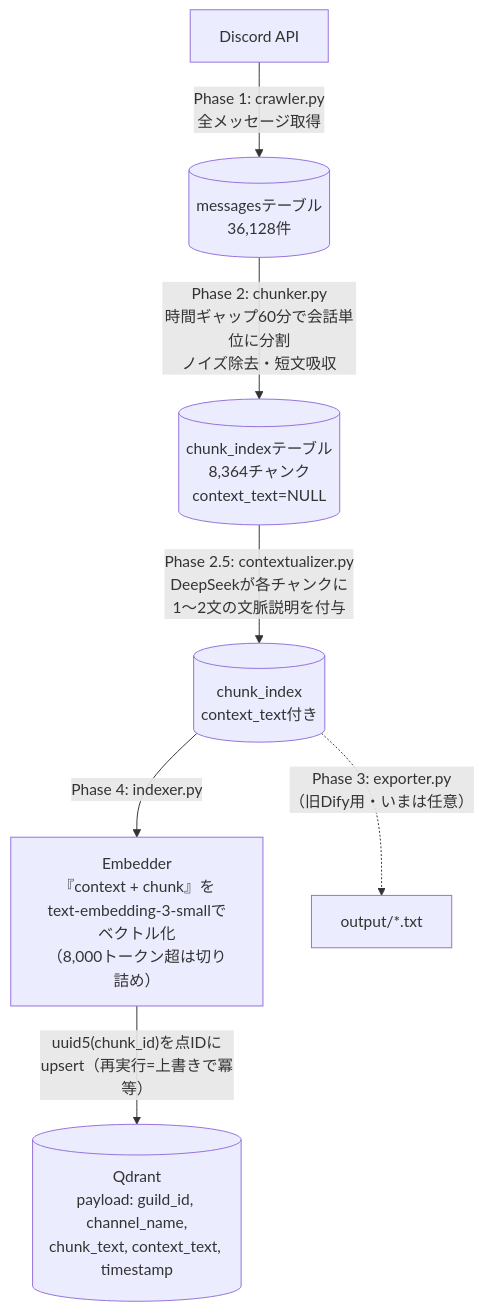
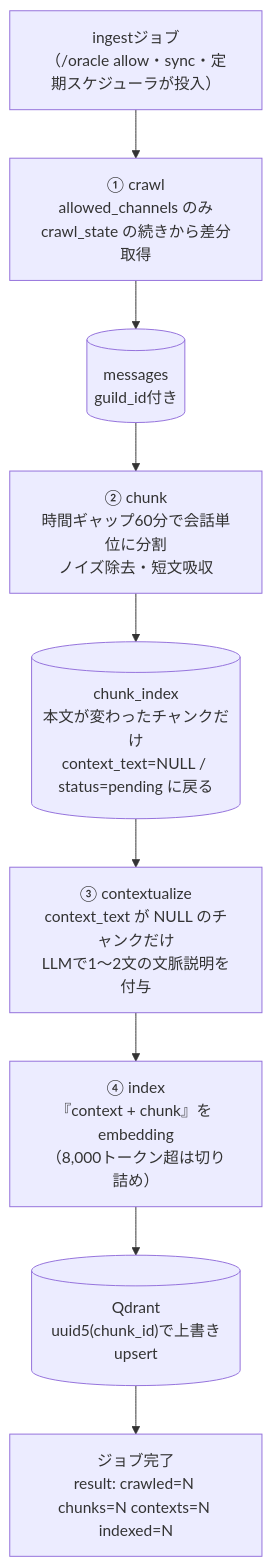
The third of 4 diagrams in docs/DIAGRAMS.md (aigamoid/remember), drawn with Mermaid before and after one commit. The commit also changed other lines of this file, not shown here.

Commit message:
Update docs/DIAGRAMS.md: コンテナ構成更新・自動取り込みシーケンス図を追加（4図構成）

````diff
--- a/docs/DIAGRAMS.md
+++ b/docs/DIAGRAMS.md
@@ -42,9 +82,12 @@
 ```mermaid
 flowchart TB
-    DISCORD["Discord API"] -->|"Phase 1: crawler.py<br>全メッセージ取得"| MSG[("messagesテーブル<br>36,128件")]
-    MSG -->|"Phase 2: chunker.py<br>時間ギャップ60分で会話単位に分割<br>ノイズ除去・短文吸収"| CHUNK[("chunk_indexテーブル<br>8,364チャンク<br>context_text=NULL")]
-    CHUNK -->|"Phase 2.5: contextualizer.py<br>DeepSeekが各チャンクに<br>1〜2文の文脈説明を付与"| CTX[("chunk_index<br>context_text付き")]
-    CTX -->|"Phase 4: indexer.py"| EMB["Embedder<br>『context + chunk』を<br>text-embedding-3-smallでベクトル化<br>（8,000トークン超は切り詰め）"]
-    EMB -->|"uuid5(chunk_id)を点IDに<br>upsert（再実行=上書きで冪等）"| QDRANT[("Qdrant<br>payload: guild_id, channel_name,<br>chunk_text, context_text, timestamp")]
-    CTX -.->|"Phase 3: exporter.py<br>（旧Dify用・いまは任意）"| TXT["output/*.txt"]
+    JOB["ingestジョブ<br>（/oracle allow・sync・定期スケジューラが投入）"]
+    JOB --> CRAWL["① crawl<br>allowed_channels のみ<br>crawl_state の続きから差分取得"]
+    CRAWL --> MSG[("messages<br>guild_id付き")]
+    MSG --> CHUNK["② chunk<br>時間ギャップ60分で会話単位に分割<br>ノイズ除去・短文吸収"]
+    CHUNK --> CI[("chunk_index<br>本文が変わったチャンクだけ<br>context_text=NULL / status=pending に戻る")]
+    CI --> CTX["③ contextualize<br>context_text が NULL のチャンクだけ<br>LLMで1〜2文の文脈説明を付与"]
+    CTX --> EMB["④ index<br>『context + chunk』を embedding<br>（8,000トークン超は切り詰め）"]
+    EMB --> QD[("Qdrant<br>uuid5(chunk_id)で上書きupsert")]
+    QD --> DONE["ジョブ完了<br>result: crawled=N chunks=N contexts=N indexed=N"]
 ```
````
